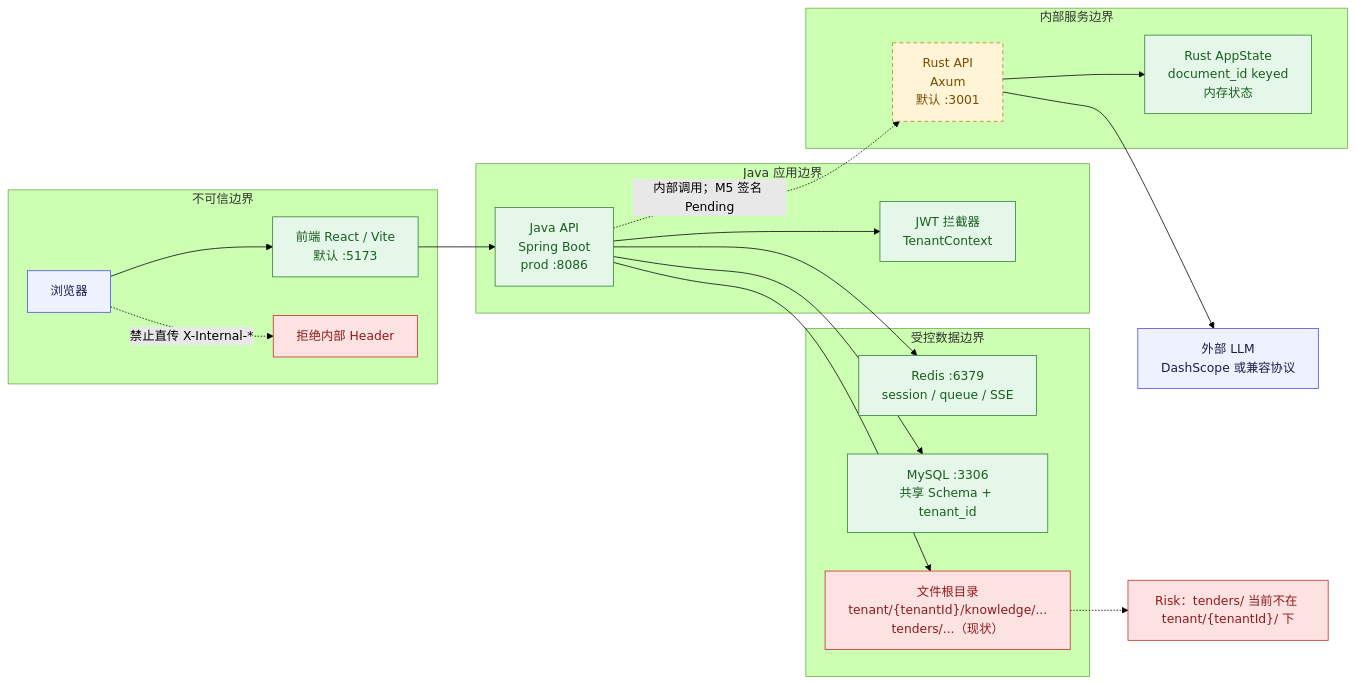
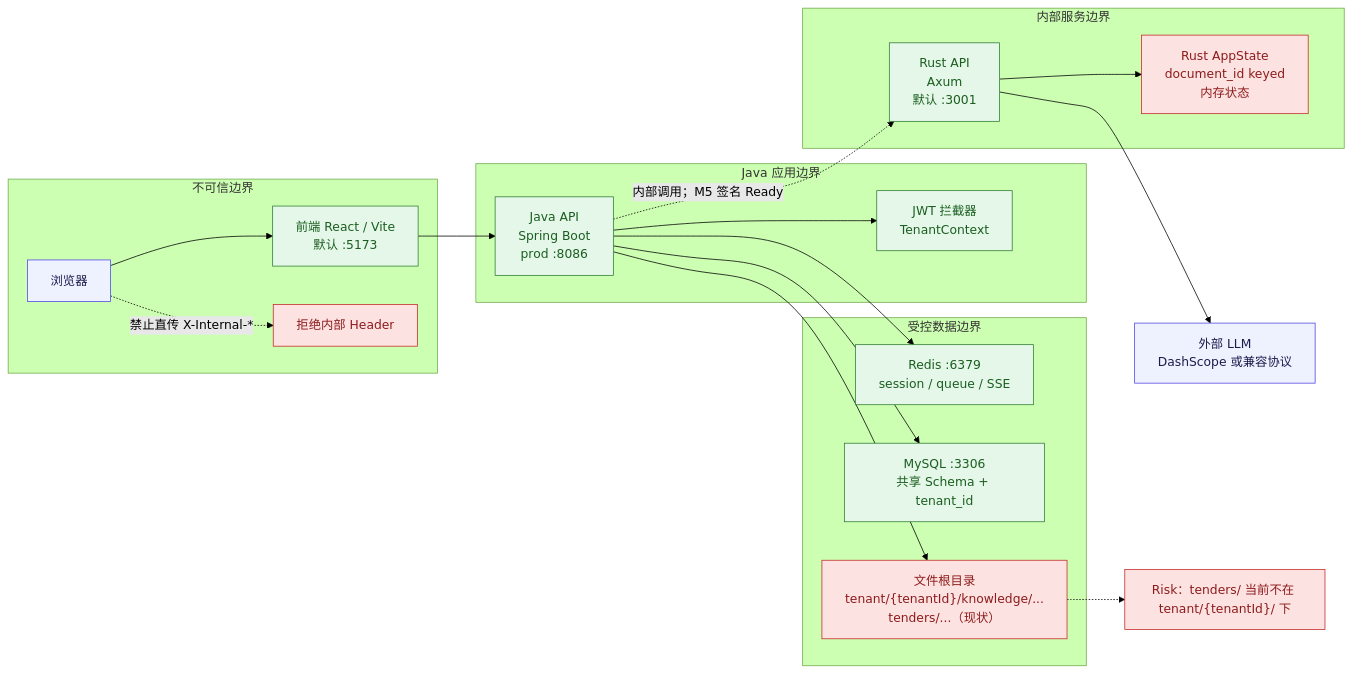
One commit to Chyeho/ai-bid changed the first of 3 diagrams in docs/多租户系统拓扑图.md. Above: the diagram before and after it, drawn with Mermaid (forest theme). The commit also changed other lines of this file, not shown here.

````diff
--- a/docs/多租户系统拓扑图.md
+++ b/docs/多租户系统拓扑图.md
@@ -19,48 +19,47 @@
 ```mermaid
 flowchart LR
   subgraph untrusted["不可信边界"]
     B["浏览器"]
     F["前端 React / Vite<br/>默认 :5173"]
     B --> F
     Reject["拒绝内部 Header"]
     B -. "禁止直传 X-Internal-*" .-> Reject
   end
 
   subgraph java["Java 应用边界"]
     J["Java API<br/>Spring Boot<br/>prod :8086"]
     Auth["JWT 拦截器<br/>TenantContext"]
     J --> Auth
   end
 
   subgraph data["受控数据边界"]
     R["Redis :6379<br/>session / queue / SSE"]
     DB["MySQL :3306<br/>共享 Schema + tenant_id"]
     FS["文件根目录<br/>tenant/{tenantId}/knowledge/...<br/>tenders/...（现状）"]
   end
 
   subgraph rust["内部服务边界"]
     RU["Rust API<br/>Axum<br/>默认 :3001"]
     MEM["Rust AppState<br/>document_id keyed<br/>内存状态"]
     RU --> MEM
   end
 
   LLM["外部 LLM<br/>DashScope 或兼容协议"]
 
   F --> J
   J --> R
   J --> DB
   J --> FS
-  J -. "内部调用；M5 签名 Pending" .-> RU
+  J -. "内部调用；M5 签名 Ready" .-> RU
   RU --> LLM
   FR["Risk：tenders/ 当前不在 tenant/{tenantId}/ 下"]
   FS -.-> FR
 
   classDef ready fill:#e4f7e8,stroke:#2e7d32,color:#1b5e20;
   classDef pending fill:#fff4d6,stroke:#b7791f,color:#7a4d00,stroke-dasharray:5 4;
   classDef risk fill:#fde2e2,stroke:#c62828,color:#8e1b1b;
   classDef boundary fill:#eef2ff,stroke:#4f46e5,color:#1e1b4b;
-  class F,J,Auth,R,DB,MEM ready;
-  class RU pending;
-  class FS,FR,Reject risk;
+  class F,J,Auth,R,DB,RU ready;
+  class FS,MEM,FR,Reject risk;
   class B,LLM boundary;
 ```
````
